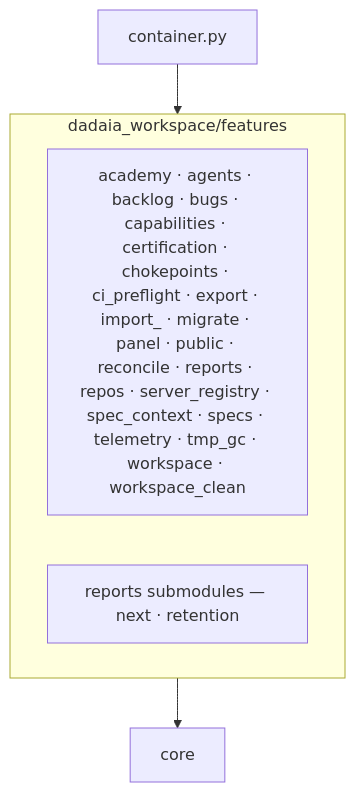
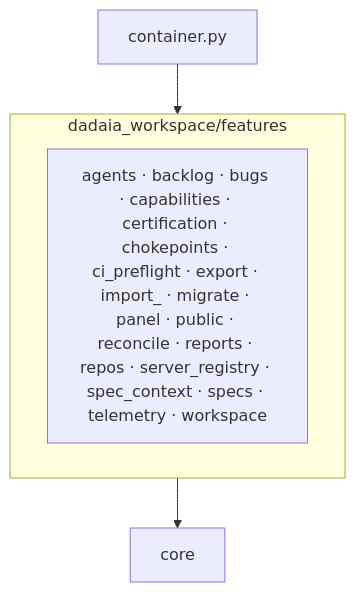
The second of 3 diagrams in specs/memory/ARCHITECTURE.md (marcoaureliomenezes/dadaia-workspace), drawn with Mermaid before and after one commit. The commit also changed other lines of this file and 12 other files, not shown here.

````diff
--- a/specs/memory/ARCHITECTURE.md
+++ b/specs/memory/ARCHITECTURE.md
@@ -153,9 +154,8 @@
 ```mermaid
 flowchart TB
     subgraph features["dadaia_workspace/features"]
-      pkgs["academy · agents · backlog · bugs · capabilities · certification · chokepoints · ci_preflight · export · import_ · migrate · panel · public · reconcile · reports · repos · server_registry · spec_context · specs · telemetry · tmp_gc · workspace · workspace_clean"]
-      subs["reports submodules — next · retention"]
+      pkgs["agents · backlog · bugs · capabilities · certification · chokepoints · ci_preflight · export · import_ · migrate · panel · public · reconcile · reports · repos · server_registry · spec_context · specs · telemetry · workspace"]
     end
     container["container.py"] --> features
     features --> core["core"]
 ```
````
